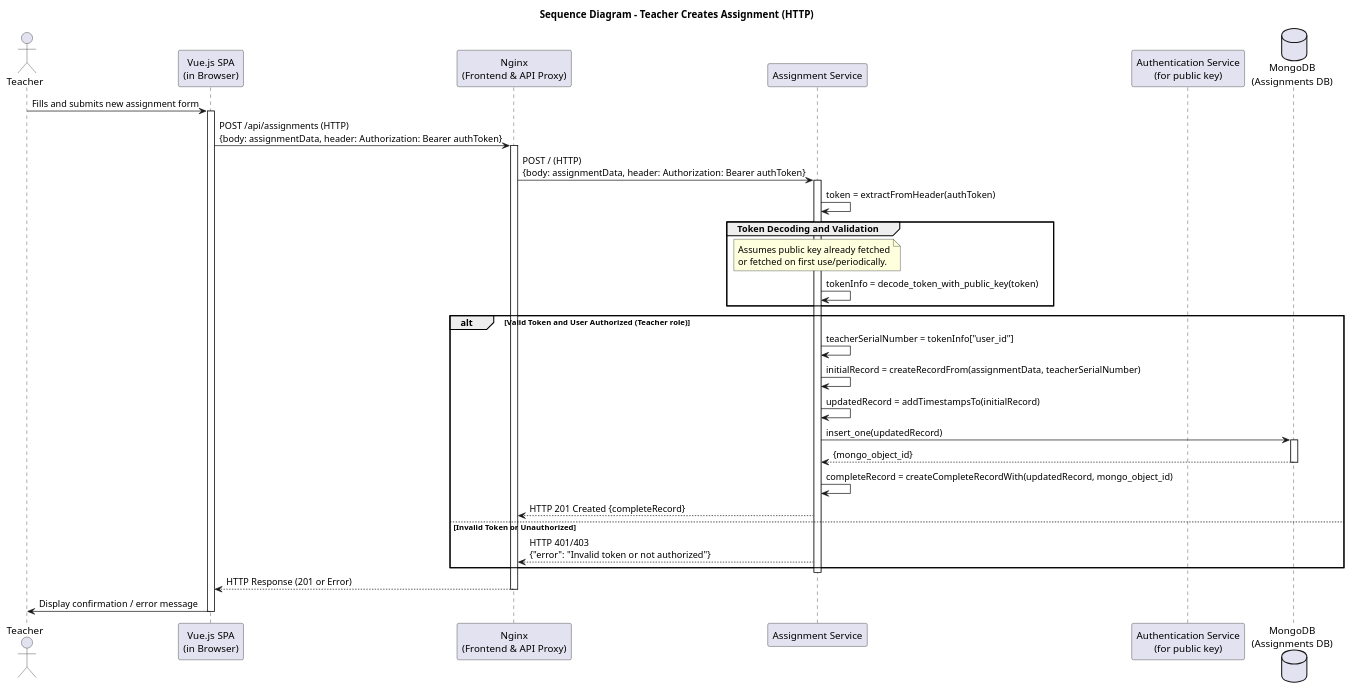
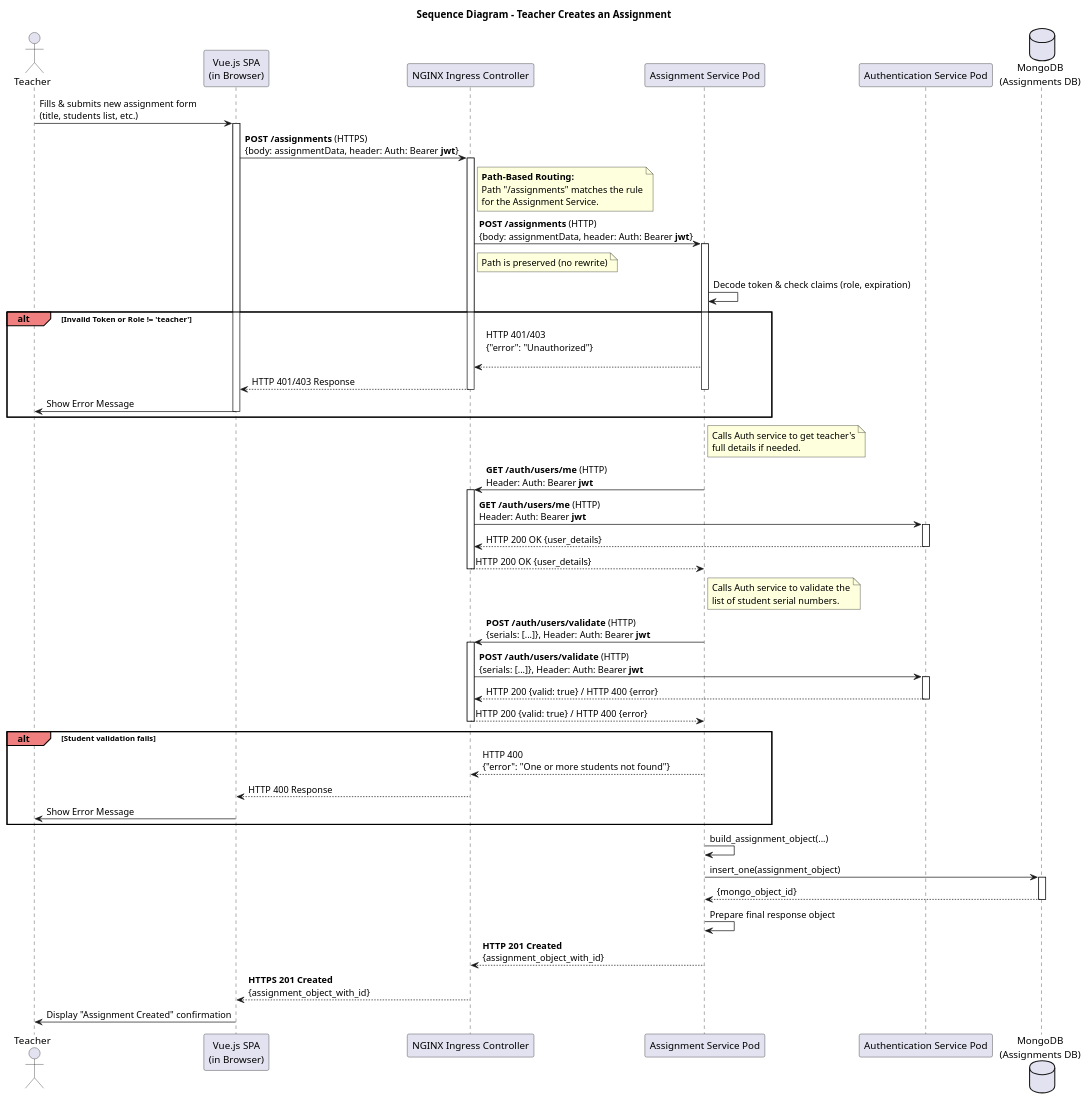
Before and after one commit to EmmeOnWork/peer-review-platform: the diagram in Documentation/Diagrams/Sequence_diagrams/NewAssignment.puml, drawn with PlantUML. The commit also changed 63 other files, not shown here.

First line of the commit message:
Refactor Locust performance test script: improve comments, add report fetching tasks, and enhance error handling

```diff
--- a/Documentation/Diagrams/Sequence_diagrams/NewAssignment.puml
+++ b/Documentation/Diagrams/Sequence_diagrams/NewAssignment.puml
@@ -1,55 +1,92 @@
 @startuml
-title Sequence Diagram - Teacher Creates Assignment (HTTP)
+title Sequence Diagram - Teacher Creates an Assignment
 
 actor Teacher
-participant FrontendApp as "Vue.js SPA\n(in Browser)"
-participant NginxProxy as "Nginx\n(Frontend & API Proxy)"
-participant AssignmentService as "Assignment Service"
-participant AuthService as "Authentication Service\n(for public key)"
-database DBAssignment as "MongoDB\n(Assignments DB)"
+participant "Vue.js SPA\n(in Browser)" as FrontendApp
+participant "NGINX Ingress Controller" as Ingress
+participant "Assignment Service Pod" as AssignmentServicePod
+participant "Authentication Service Pod" as AuthServicePod
+database "MongoDB\n(Assignments DB)" as DBAssignment
 
-Teacher -> FrontendApp: Fills and submits new assignment form
+Teacher -> FrontendApp: Fills & submits new assignment form\n(title, students list, etc.)
 activate FrontendApp
-FrontendApp -> NginxProxy: POST /api/assignments (HTTP)\n{body: assignmentData, header: Authorization: Bearer authToken}
-activate NginxProxy
 
-NginxProxy -> AssignmentService: POST / (HTTP)\n{body: assignmentData, header: Authorization: Bearer authToken}
-activate AssignmentService
+FrontendApp -> Ingress: **POST /assignments** (HTTPS)\n{body: assignmentData, header: Auth: Bearer **jwt**}
+activate Ingress
 
-AssignmentService -> AssignmentService: token = extractFromHeader(authToken)
+note right of Ingress
+  **Path-Based Routing:**
+  Path "/assignments" matches the rule
+  for the Assignment Service.
+end note
+Ingress -> AssignmentServicePod: **POST /assignments** (HTTP)\n{body: assignmentData, header: Auth: Bearer **jwt**}
+note right of Ingress: Path is preserved (no rewrite)
+activate AssignmentServicePod
 
-group Token Decoding and Validation
-    note over AssignmentService: Assumes public key already fetched\nor fetched on first use/periodically.
-    AssignmentService -> AssignmentService: tokenInfo = decode_token_with_public_key(token)
-    ' If public key needs fetching for each validation (less ideal):
-    ' AssignmentService -> AuthService: GET /auth/public_key (HTTP)
-    ' activate AuthService
-    ' AuthService --> AssignmentService: {publicKey}
-    ' deactivate AuthService
-    ' AssignmentService -> AssignmentService: tokenInfo = decode_token(token, publicKey)
+' Step 1: JWT Validation and Role Check (local)
+AssignmentServicePod -> AssignmentServicePod: Decode token & check claims (role, expiration)
+alt#LightCoral #White Invalid Token or Role != 'teacher'
+    AssignmentServicePod --> Ingress: HTTP 401/403\n{"error": "Unauthorized"}\n
+    Ingress --> FrontendApp: HTTP 401/403 Response
+    deactivate AssignmentServicePod
+    deactivate Ingress
+    FrontendApp -> Teacher: Show Error Message
+    deactivate FrontendApp
 end
 
-alt Valid Token and User Authorized (Teacher role)
-    AssignmentService -> AssignmentService: teacherSerialNumber = tokenInfo["user_id"]
-    AssignmentService -> AssignmentService: initialRecord = createRecordFrom(assignmentData, teacherSerialNumber)
-    AssignmentService -> AssignmentService: updatedRecord = addTimestampsTo(initialRecord)
+' Step 2 (Optional): Enrich teacher data by calling Auth Service
+' This step might not be necessary if the JWT already contains all needed info.
+' For this diagram, we assume it's done for completeness.
+note right of AssignmentServicePod
+  Calls Auth service to get teacher's
+  full details if needed.
+end note
+AssignmentServicePod -> Ingress: **GET /auth/users/me** (HTTP) \nHeader: Auth: Bearer **jwt**
+activate Ingress
+Ingress -> AuthServicePod: **GET /auth/users/me** (HTTP) \nHeader: Auth: Bearer **jwt**
+activate AuthServicePod
+AuthServicePod --> Ingress: HTTP 200 OK {user_details}
+deactivate AuthServicePod
+Ingress --> AssignmentServicePod: HTTP 200 OK {user_details}
+deactivate Ingress
 
-    AssignmentService -> DBAssignment: insert_one(updatedRecord)
-    activate DBAssignment
-    DBAssignment --> AssignmentService: {mongo_object_id}
-    deactivate DBAssignment
+' Step 3: Validate student list by calling Auth Service
+note right of AssignmentServicePod
+  Calls Auth service to validate the
+  list of student serial numbers.
+end note
+AssignmentServicePod -> Ingress: **POST /auth/users/validate** (HTTP)\n{serials: [...]}, Header: Auth: Bearer **jwt**
+activate Ingress
+Ingress -> AuthServicePod: **POST /auth/users/validate** (HTTP)\n{serials: [...]}, Header: Auth: Bearer **jwt**
+activate AuthServicePod
+AuthServicePod --> Ingress: HTTP 200 {valid: true} / HTTP 400 {error}
+deactivate AuthServicePod
+Ingress --> AssignmentServicePod: HTTP 200 {valid: true} / HTTP 400 {error}
+deactivate Ingress
 
-    AssignmentService -> AssignmentService: completeRecord = createCompleteRecordWith(updatedRecord, mongo_object_id)
-
-    AssignmentService --> NginxProxy: HTTP 201 Created {completeRecord}
-else Invalid Token or Unauthorized
-    AssignmentService --> NginxProxy: HTTP 401/403\n{"error": "Invalid token or not authorized"}
+alt#LightCoral #White Student validation fails
+    AssignmentServicePod --> Ingress: HTTP 400\n{"error": "One or more students not found"}
+    Ingress --> FrontendApp: HTTP 400 Response
+    deactivate AssignmentServicePod
+    FrontendApp -> Teacher: Show Error Message
+    deactivate FrontendApp
 end
 
-deactivate AssignmentService
-NginxProxy --> FrontendApp: HTTP Response (201 or Error)
-deactivate NginxProxy
-FrontendApp -> Teacher: Display confirmation / error message
+' Step 4: Create and save the assignment in its own database
+AssignmentServicePod -> AssignmentServicePod: build_assignment_object(...)
+AssignmentServicePod -> DBAssignment: insert_one(assignment_object)
+activate DBAssignment
+DBAssignment --> AssignmentServicePod: {mongo_object_id}
+deactivate DBAssignment
+
+AssignmentServicePod -> AssignmentServicePod: Prepare final response object
+AssignmentServicePod --> Ingress: **HTTP 201 Created**\n{assignment_object_with_id}
+deactivate AssignmentServicePod
+
+Ingress --> FrontendApp: **HTTPS 201 Created**\n{assignment_object_with_id}
+deactivate Ingress
+
+FrontendApp -> Teacher: Display "Assignment Created" confirmation
 deactivate FrontendApp
 
 @enduml
```
